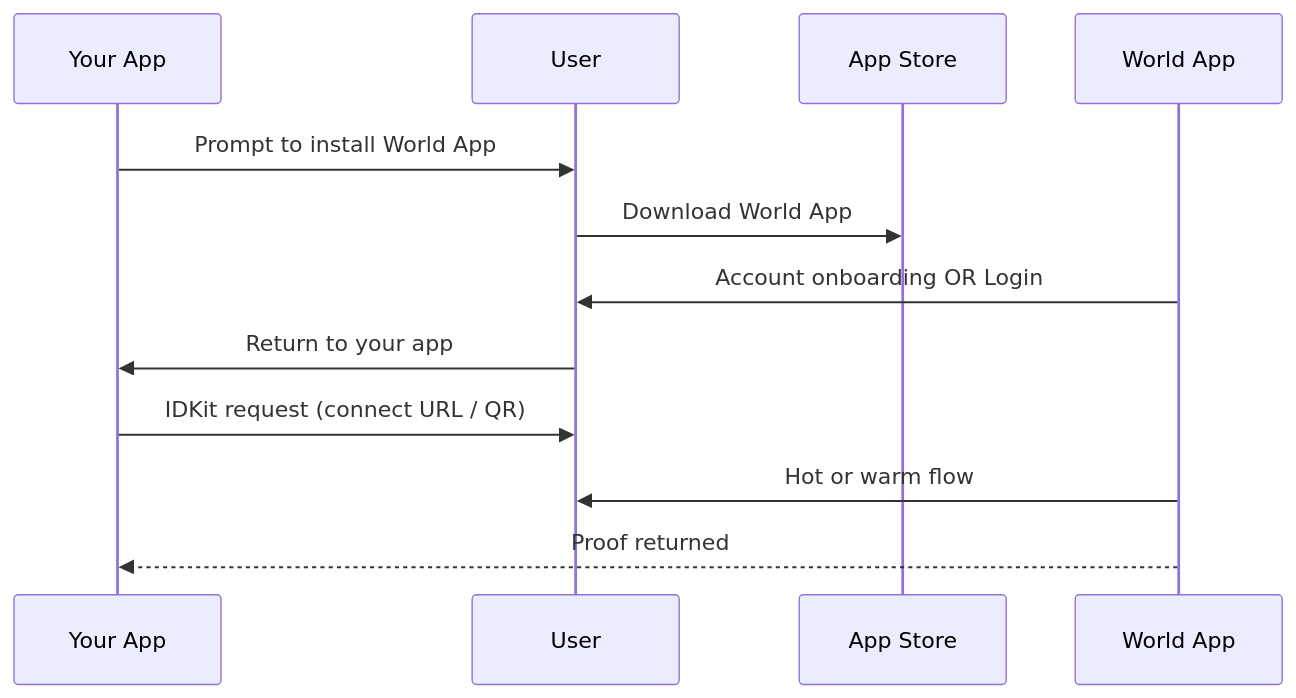
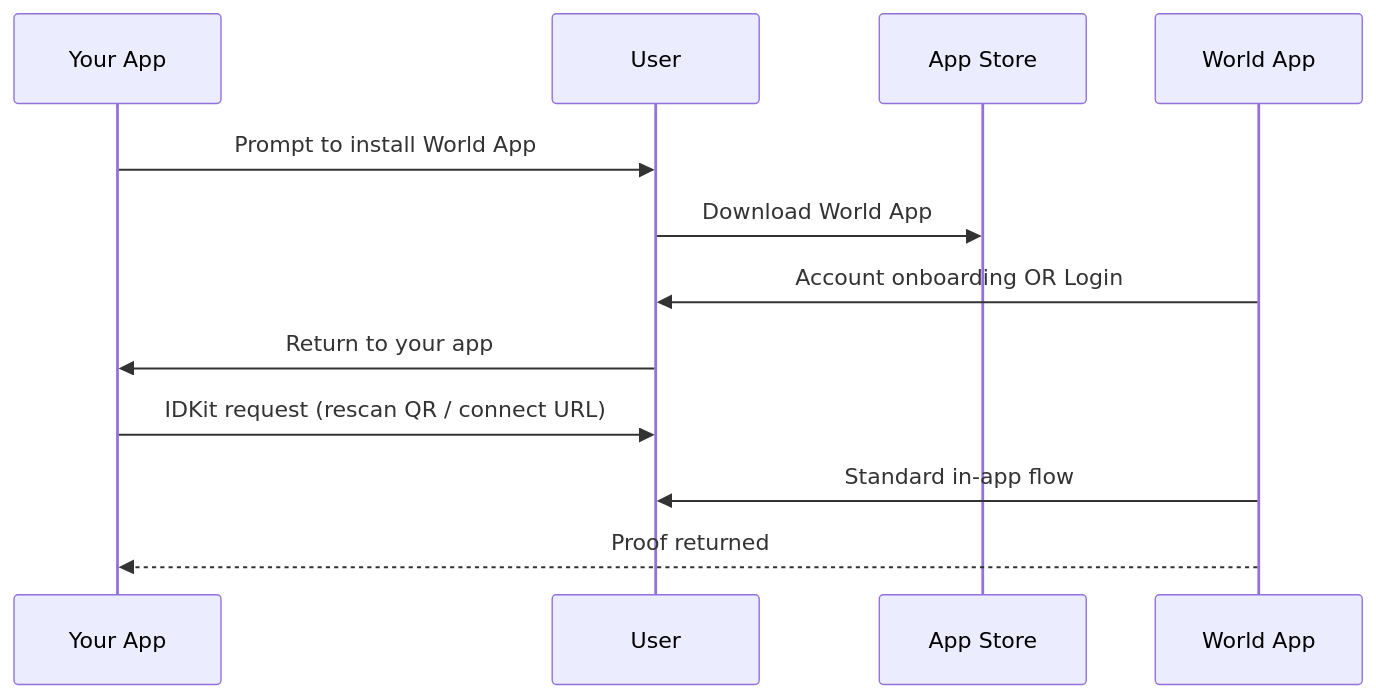
The second of 3 diagrams in world-id/idkit/verification-flows.mdx (worldcoin/developer-docs), drawn with Mermaid before and after one commit. The commit also changed other lines of this file and 1 other file, not shown here.

````diff
--- a/world-id/idkit/verification-flows.mdx
+++ b/world-id/idkit/verification-flows.mdx
@@ -59,15 +59,15 @@
 ```mermaid
 sequenceDiagram
     participant App as Your App
     participant User
     participant Store as App Store
     participant WA as World App
 
     App->>User: Prompt to install World App
     User->>Store: Download World App
     WA->>User: Account onboarding OR Login
     User->>App: Return to your app
-    App->>User: IDKit request (connect URL / QR)
-    WA->>User: Hot or warm flow
+    App->>User: IDKit request (rescan QR / connect URL)
+    WA->>User: Standard in-app flow
     WA-->>App: Proof returned
 ```
````
